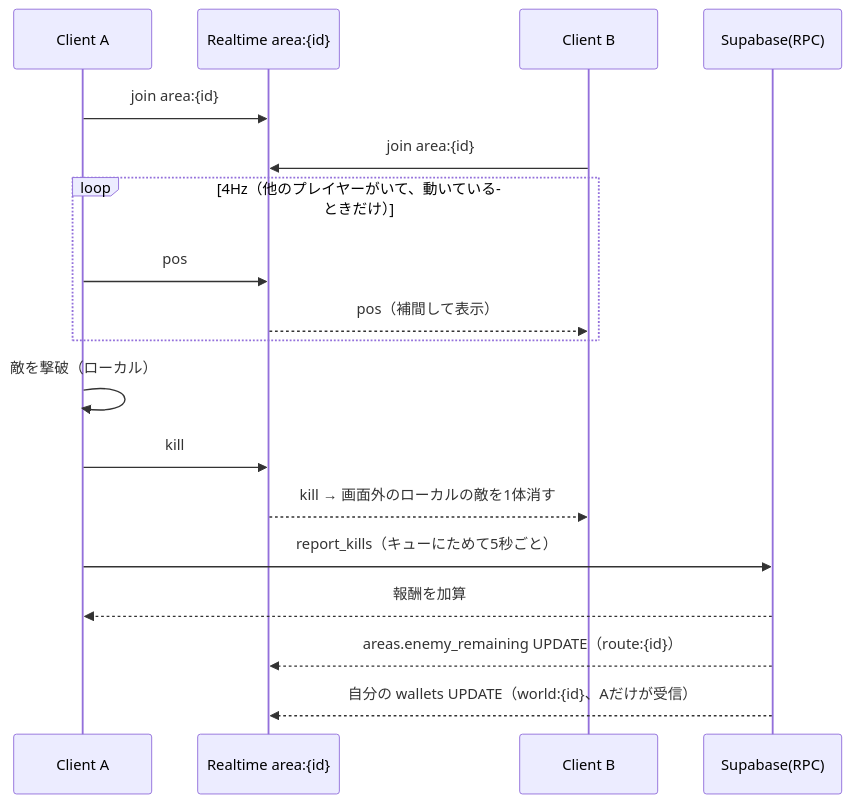
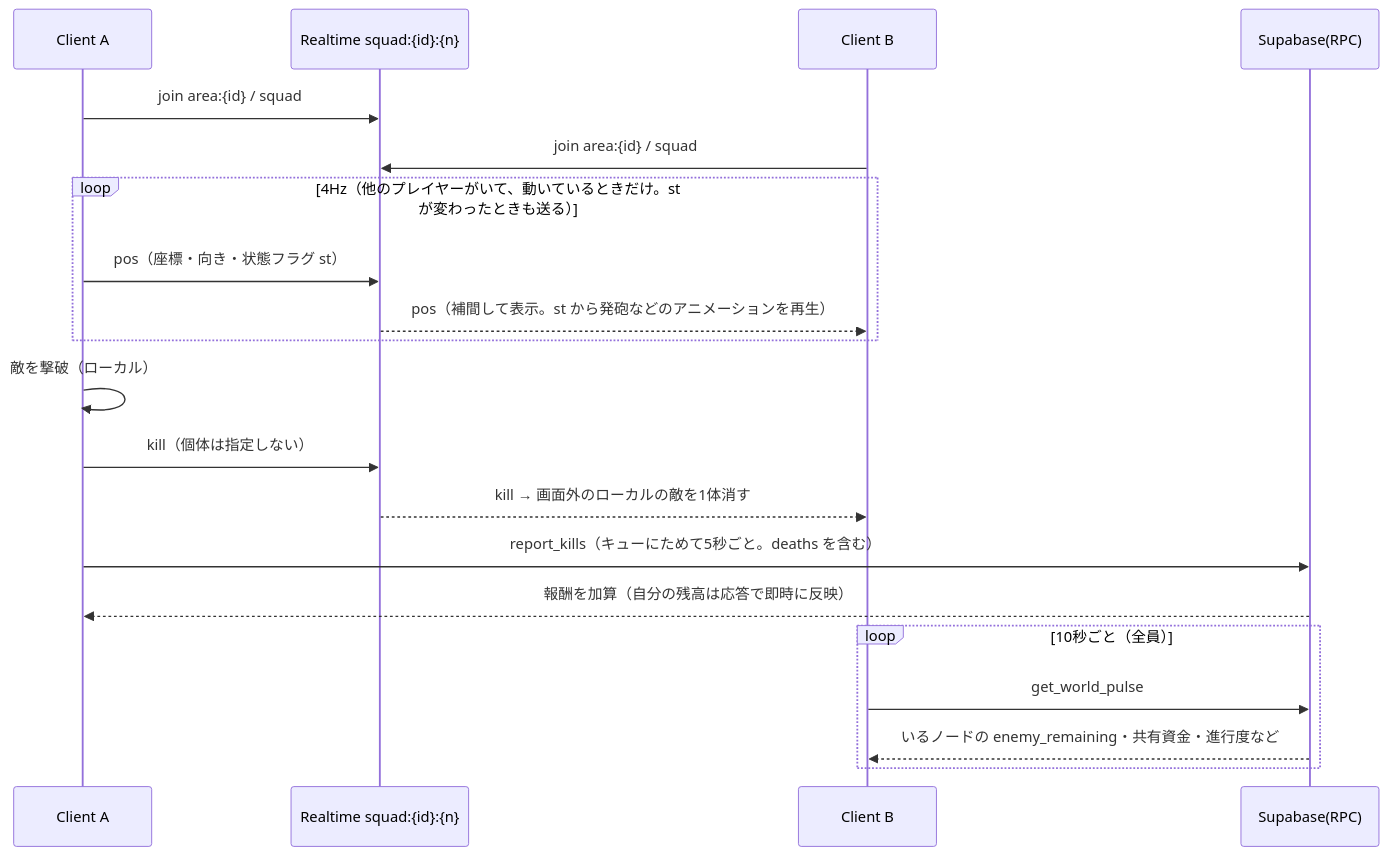
One commit to HasegawaTakatune/Relay-Resistance changed the fourth of 8 diagrams in docs/04_アーキテクチャ.md. Above: the diagram before and after it, drawn with Mermaid. The commit also changed other lines of this file and 5 other files, not shown here.

````diff
--- a/docs/04_アーキテクチャ.md
+++ b/docs/04_アーキテクチャ.md
@@ -485,20 +534,22 @@
 ```mermaid
 sequenceDiagram
     participant A as Client A
-    participant RT as Realtime area:{id}
+    participant RT as Realtime squad:{id}:{n}
     participant B as Client B
     participant DB as Supabase(RPC)
-    A->>RT: join area:{id}
-    B->>RT: join area:{id}
-    loop 4Hz（他のプレイヤーがいて、動いているときだけ）
-        A->>RT: pos
-        RT-->>B: pos（補間して表示）
+    A->>RT: join area:{id} / squad
+    B->>RT: join area:{id} / squad
+    loop 4Hz（他のプレイヤーがいて、動いているときだけ。st が変わったときも送る）
+        A->>RT: pos（座標・向き・状態フラグ st）
+        RT-->>B: pos（補間して表示。st から発砲などのアニメーションを再生）
     end
     A->>A: 敵を撃破（ローカル）
-    A->>RT: kill
+    A->>RT: kill（個体は指定しない）
     RT-->>B: kill → 画面外のローカルの敵を1体消す
-    A->>DB: report_kills（キューにためて5秒ごと）
-    DB-->>A: 報酬を加算
-    DB-->>RT: areas.enemy_remaining UPDATE（route:{id}）
-    DB-->>RT: 自分の wallets UPDATE（world:{id}、Aだけが受信）
+    A->>DB: report_kills（キューにためて5秒ごと。deaths を含む）
+    DB-->>A: 報酬を加算（自分の残高は応答で即時に反映）
+    loop 10秒ごと（全員）
+        B->>DB: get_world_pulse
+        DB-->>B: いるノードの enemy_remaining・共有資金・進行度など
+    end
 ```
````
